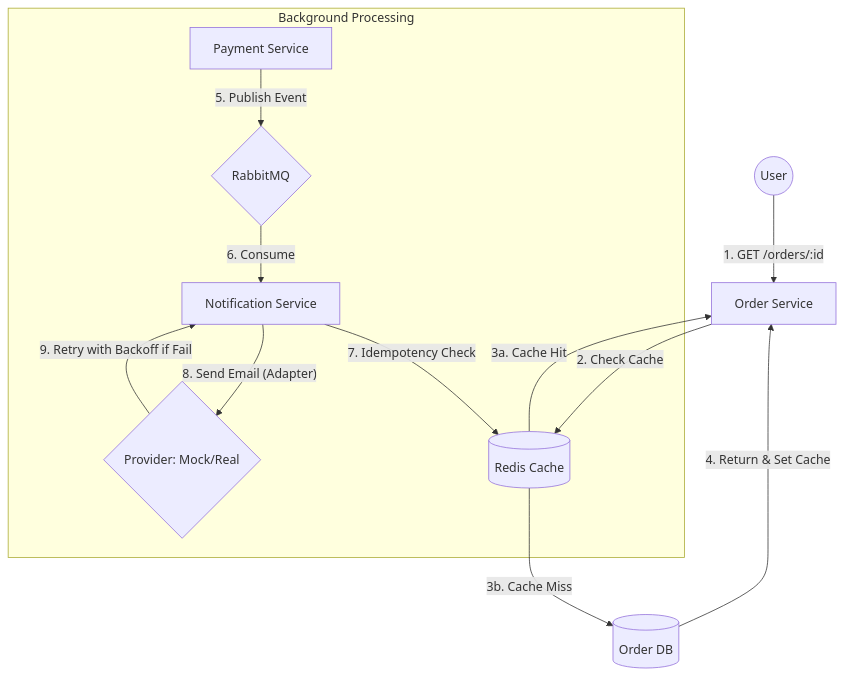
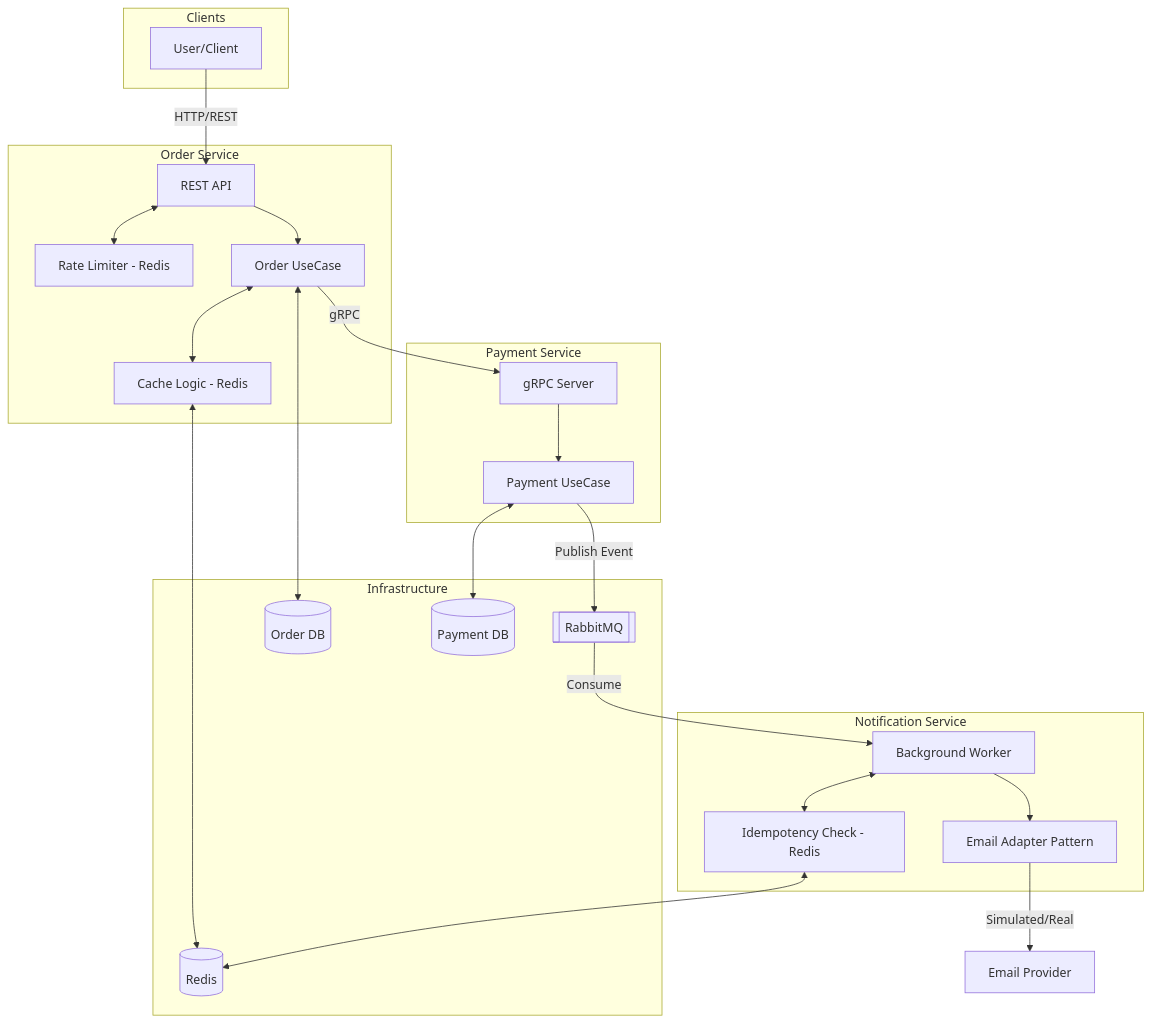
The diagram in README.md (medinanurbek/AP2_assignment3), drawn with Mermaid before and after one commit. The commit also changed 2 other files, not shown here.

Commit message:
docs: update architecture diagram and finalize assignment 4 implementation

````diff
--- a/README.md
+++ b/README.md
@@ -40,16 +40,49 @@
 ```mermaid
-graph TD
-    User((User)) -- "1. GET /orders/:id" --> OS[Order Service]
-    OS -- "2. Check Cache" --> Redis[(Redis Cache)]
-    Redis -- "3a. Cache Hit" --> OS
-    Redis -- "3b. Cache Miss" --> PDB[(Order DB)]
-    PDB -- "4. Return & Set Cache" --> OS
+graph TB
+    subgraph Clients
+        U[User/Client]
+    end
 
-    subgraph "Background Processing"
-        PS[Payment Service] -- "5. Publish Event" --> RMQ{RabbitMQ}
-        RMQ -- "6. Consume" --> NS[Notification Service]
-        NS -- "7. Idempotency Check" --> Redis
-        NS -- "8. Send Email (Adapter)" --> Provider{Provider: Mock/Real}
-        Provider -- "9. Retry with Backoff if Fail" --> NS
+    subgraph "Order Service"
+        API[REST API]
+        RL[Rate Limiter - Redis]
+        UC[Order UseCase]
+        OCache[Cache Logic - Redis]
     end
+
+    subgraph "Payment Service"
+        PAPI[gRPC Server]
+        PUC[Payment UseCase]
+    end
+
+    subgraph "Notification Service"
+        NS[Background Worker]
+        IDEM[Idempotency Check - Redis]
+        ADAPT[Email Adapter Pattern]
+    end
+
+    subgraph "Infrastructure"
+        R[(Redis)]
+        RMQ[[RabbitMQ]]
+        ODB[(Order DB)]
+        PDB[(Payment DB)]
+    end
+
+    U -->|HTTP/REST| API
+    API <--> RL
+    API --> UC
+    UC <--> OCache
+    OCache <--> R
+    UC <--> ODB
+
+    UC -->|gRPC| PAPI
+    PAPI --> PUC
+    PUC <--> PDB
+    PUC -->|Publish Event| RMQ
+
+    RMQ -->|Consume| NS
+    NS <--> IDEM
+    IDEM <--> R
+    NS --> ADAPT
+    ADAPT -->|Simulated/Real| SMTP[Email Provider]
 ```
````
